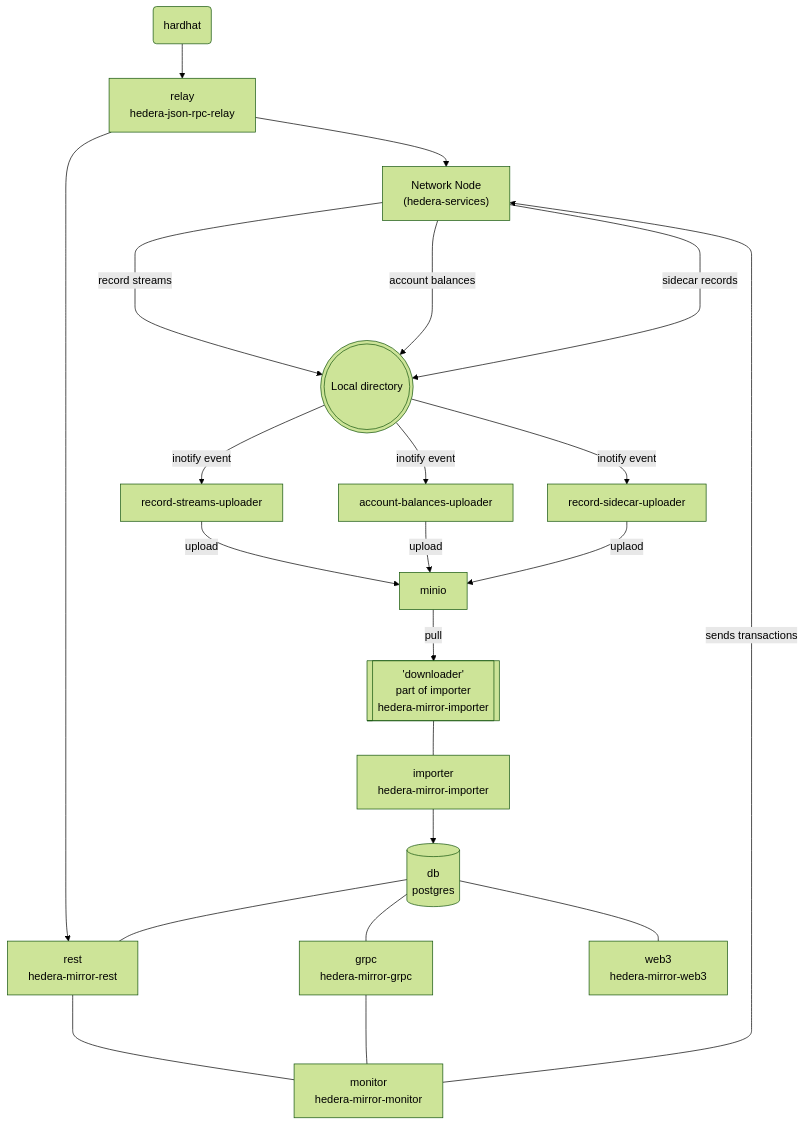
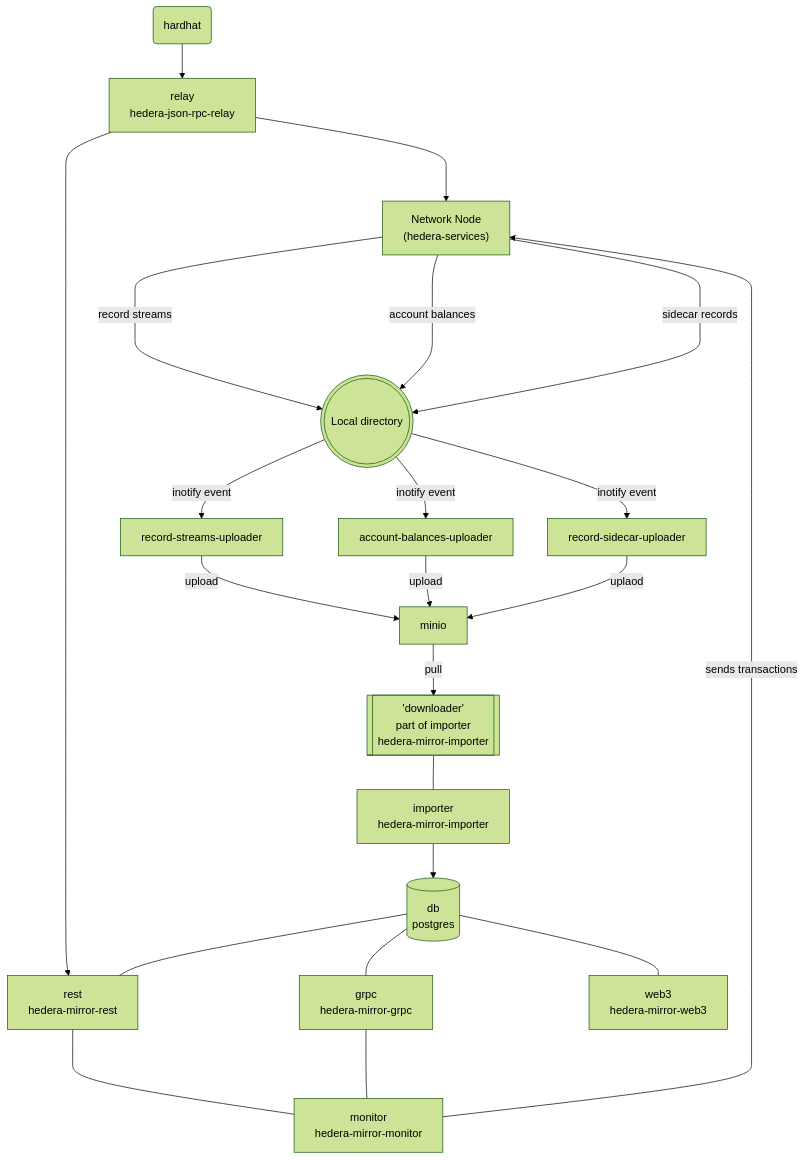
One commit to isavov/hedera-local-node changed the diagram in docs/local-node-diagram.md. Above: the diagram before and after it, drawn with Mermaid (forest theme).

````diff
--- a/docs/local-node-diagram.md
+++ b/docs/local-node-diagram.md
@@ -1,27 +1,27 @@
 ```mermaid
         graph TD 
         A["Network Node \n(hedera-services)"] --"record streams"----> B((("Local directory"))) 
         A--"account balances"----> B
         A --"sidecar records"---->B
         B --"inotify event"--> C["record-streams-uploader"]
         B --"inotify event"--> D["account-balances-uploader"] 
         B --"inotify event"--> E["record-sidecar-uploader"]
         C --upload--> F["minio"]
         D --upload--> F
         E --uplaod--> F
         F--"pull"-->G1[["'downloader'\npart of importer\n hedera-mirror-importer"]]
         G1---G["importer\nhedera-mirror-importer"]
         G-->H[(db\n postgres)]
         H---I["rest\nhedera-mirror-rest"]
         H---J["grpc\nhedera-mirror-grpc"]
         H---K["web3\nhedera-mirror-web3"]
         L["monitor\nhedera-mirror-monitor"]
         J<---L
         I<---L
         L--sends transactions-->A
         R[relay\nhedera-json-rpc-relay]-->I
-        R-->A
+        R--->A
         T(hardhat)-->R
         
         
 ```
````
